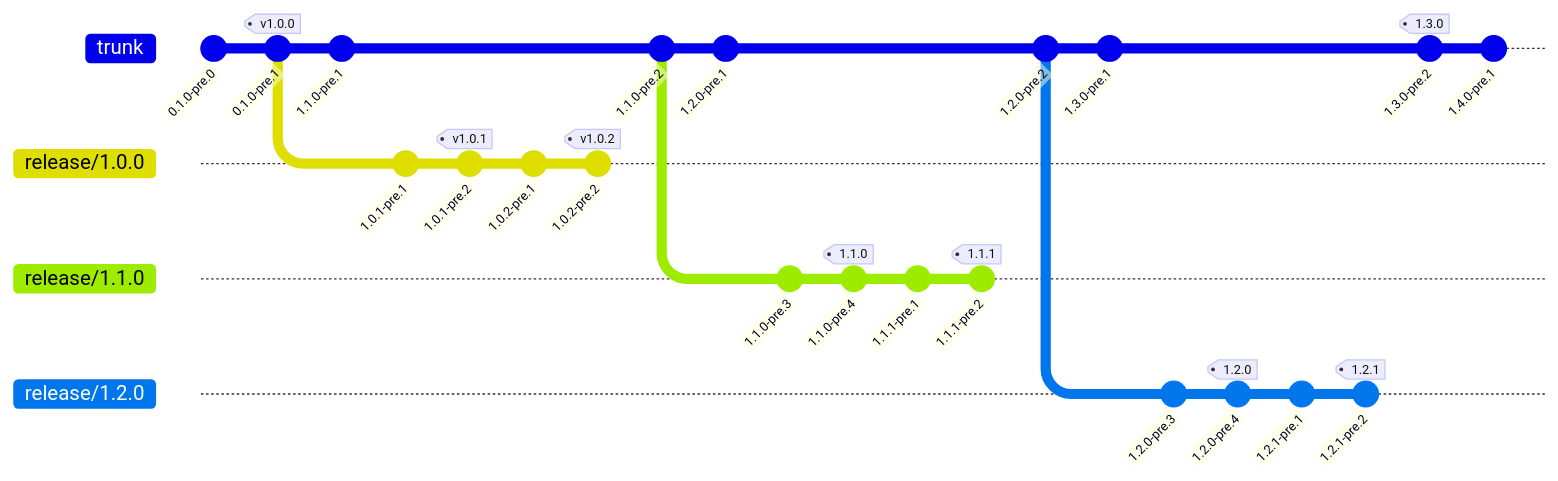
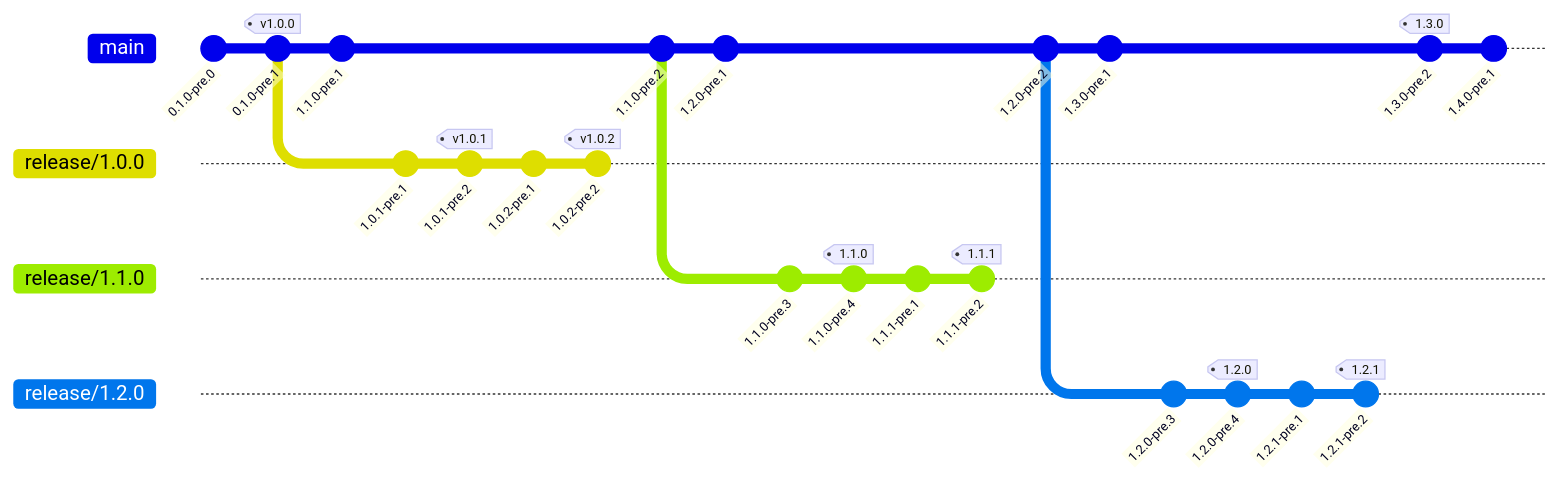
One commit to Crown0815/git-versioner changed the diagram in README.md. Above: the diagram before and after it, drawn with Mermaid. The commit also changed other lines of this file and 1 other file, not shown here.

````diff
--- a/README.md
+++ b/README.md
@@ -12,42 +15,40 @@
 ```mermaid
 ---
 config:
   theme: default
-  gitGraph:
-    mainBranchName: 'trunk'
 ---
 gitGraph:
     commit id: "0.1.0-pre.0"
     commit id: "0.1.0-pre.1" tag: "v1.0.0"
     branch release/1.0.0
-    checkout trunk
+    checkout main
     commit id: "1.1.0-pre.1"
     checkout release/1.0.0
     commit id: "1.0.1-pre.1"
     commit id: "1.0.1-pre.2 " tag: "v1.0.1"
     commit id: "1.0.2-pre.1"
     commit id: "1.0.2-pre.2" tag: "v1.0.2"
-    checkout trunk
+    checkout main
     commit id: "1.1.0-pre.2"
     branch release/1.1.0
-    checkout trunk
+    checkout main
     commit id: "1.2.0-pre.1"
     checkout release/1.1.0
     commit id: "1.1.0-pre.3"
     commit id: "1.1.0-pre.4" tag: "1.1.0"
     commit id: "1.1.1-pre.1"
     commit id: "1.1.1-pre.2" tag: "1.1.1"
-    checkout trunk
+    checkout main
     commit id: "1.2.0-pre.2"
     branch release/1.2.0
-    checkout trunk
+    checkout main
     commit id: "1.3.0-pre.1"
     checkout release/1.2.0
     commit id: "1.2.0-pre.3"
     commit id: "1.2.0-pre.4" tag: "1.2.0"
     commit id: "1.2.1-pre.1"
     commit id: "1.2.1-pre.2" tag: "1.2.1"
-    checkout trunk
+    checkout main
     commit id: "1.3.0-pre.2" tag: "1.3.0"
     commit id: "1.4.0-pre.1"
 ```
````
